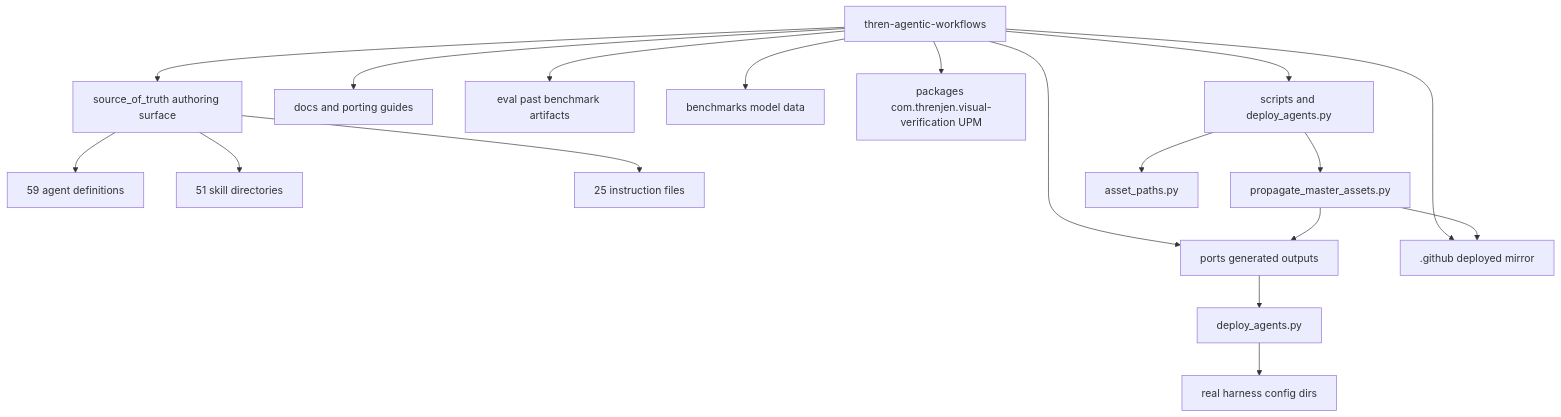
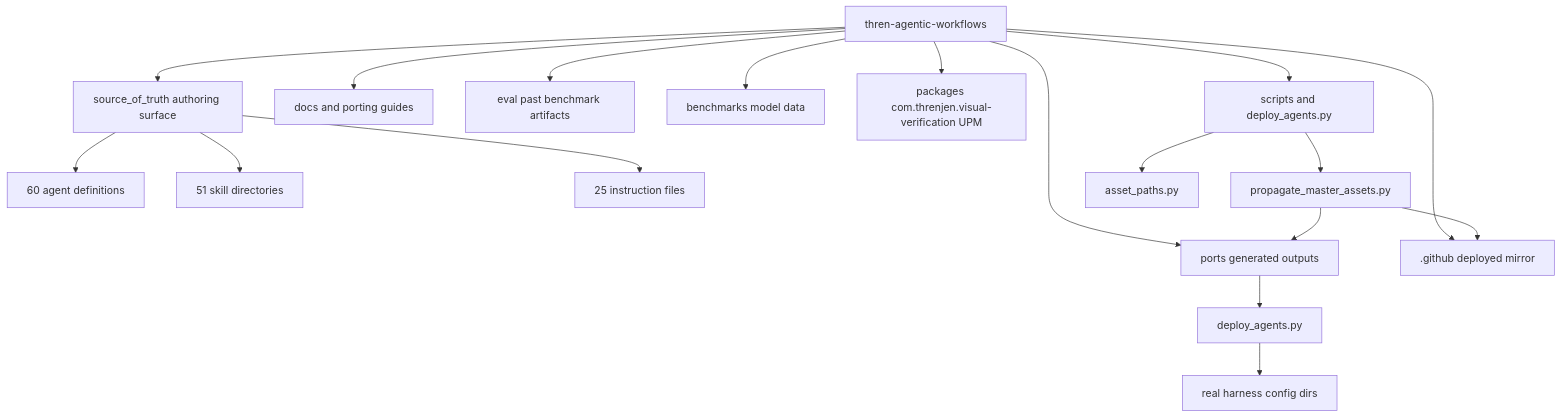
One commit to threnjen/thren-agentic-workflows changed the first of 4 diagrams in docs/ARCHITECTURE.md. Above: the diagram before and after it, drawn with Mermaid. The commit also changed other lines of this file and 12 other files, not shown here.

````diff
--- a/docs/ARCHITECTURE.md
+++ b/docs/ARCHITECTURE.md
@@ -25,24 +25,24 @@
 ```mermaid
 flowchart TD
     Root[thren-agentic-workflows]
 
     Root --> SOT[source_of_truth authoring surface]
     Root --> Ports[ports generated outputs]
     Root --> DotGithub[.github deployed mirror]
     Root --> Docs[docs and porting guides]
     Root --> Eval[eval past benchmark artifacts]
     Root --> Bench[benchmarks model data]
     Root --> Pkg[packages com.threnjen.visual-verification UPM]
     Root --> Scripts[scripts and deploy_agents.py]
 
-    SOT --> Agents[59 agent definitions]
+    SOT --> Agents[60 agent definitions]
     SOT --> Skills[51 skill directories]
     SOT --> Instructions[25 instruction files]
 
     Scripts --> Propagate[propagate_master_assets.py]
     Scripts --> Shared[asset_paths.py]
     Propagate --> Ports
     Propagate --> DotGithub
     Deploy[deploy_agents.py] --> RealDirs[real harness config dirs]
     Ports --> Deploy
 ```
````
